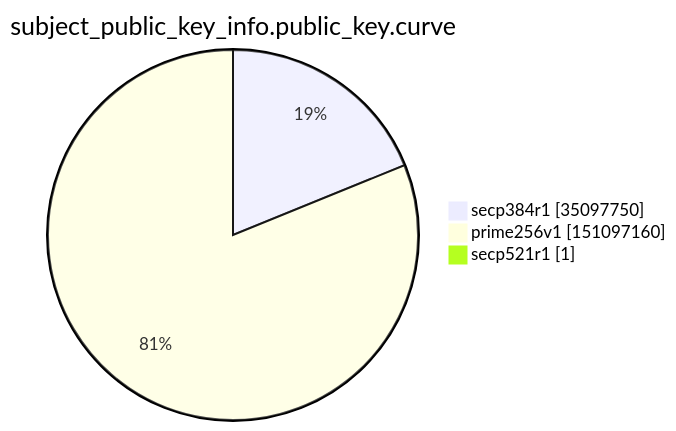
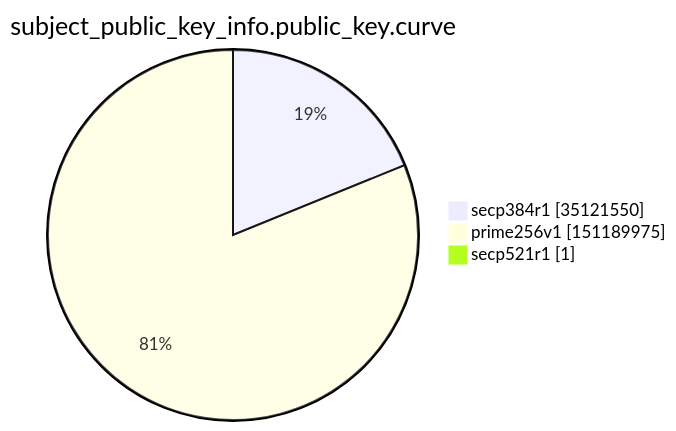
The ninth of 15 diagrams in argon2022/README.md (christiankrug/ctmonitor_visualization), drawn with Mermaid before and after one commit. The commit also changed other lines of this file, not shown here.

````diff
--- a/argon2022/README.md
+++ b/argon2022/README.md
@@ -2765,7 +2765,7 @@
 ```mermaid
 pie showData
 title subject_public_key_info.public_key.curve
-"secp384r1" :35097750
-"prime256v1" :151097160
+"secp384r1" :35121550
+"prime256v1" :151189975
 "secp521r1" :1
 ```
````
